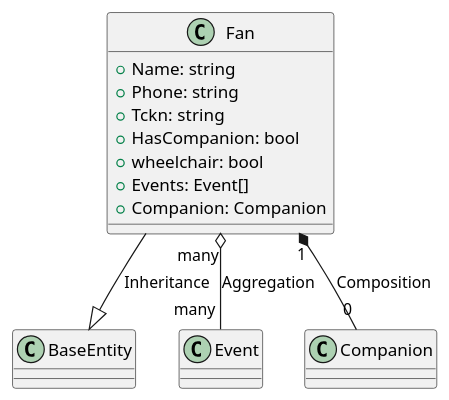
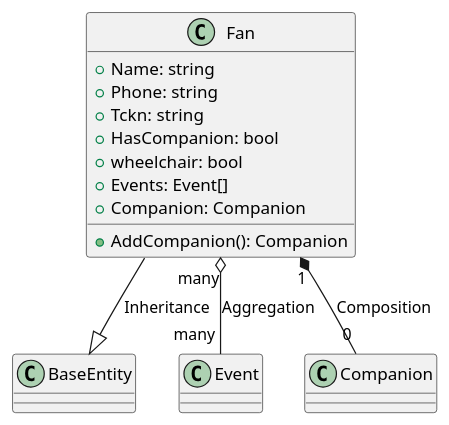
The diagram in uml/Event/Fan.puml (evrendev/sport-club), drawn with PlantUML before and after one commit. The commit also changed 12 other files, not shown here.

Commit message:
Uml diagrams updated

```diff
--- a/uml/Event/Fan.puml
+++ b/uml/Event/Fan.puml
@@ -1,17 +1,19 @@
 @startuml Fan Class Diagram
 
 class Fan {
     + Name: string
     + Phone: string
     + Tckn: string
     + HasCompanion: bool
     + wheelchair: bool
     + Events: Event[]
     + Companion: Companion
+
+    + AddCompanion(): Companion
 }
 
 Fan --|> BaseEntity: Inheritance
 Fan "many" o-- "many" Event: Aggregation
 Fan "1" *-- "0" Companion: Composition
 
 @enduml
```
